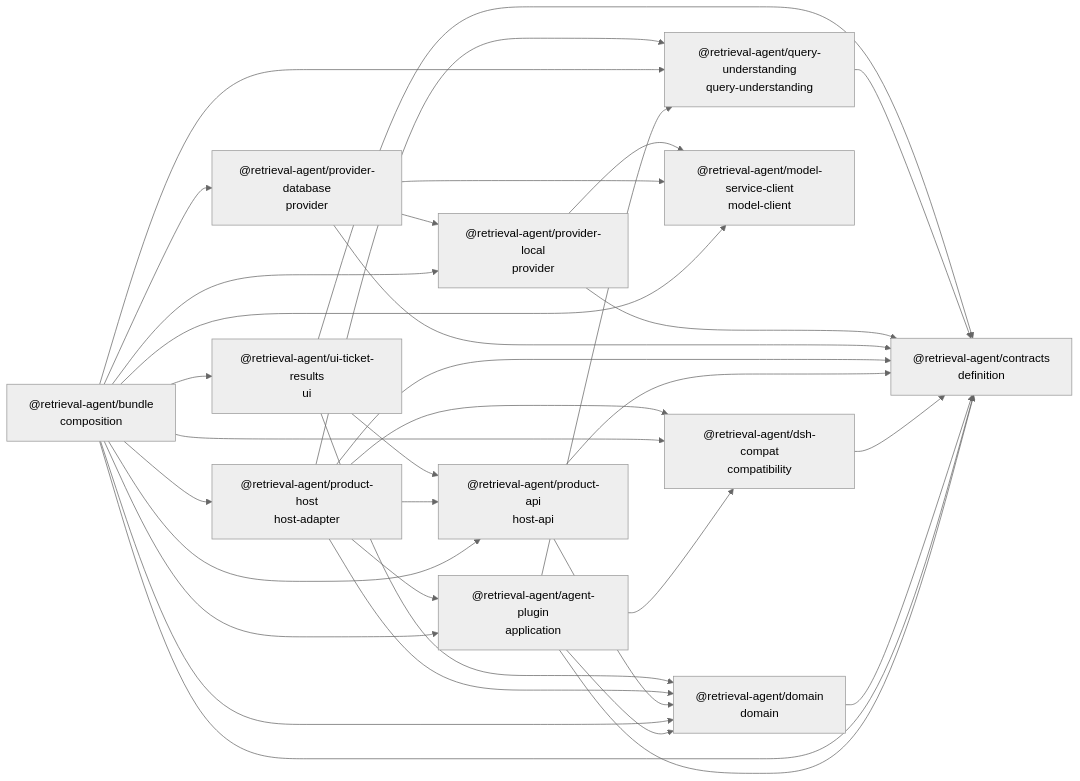
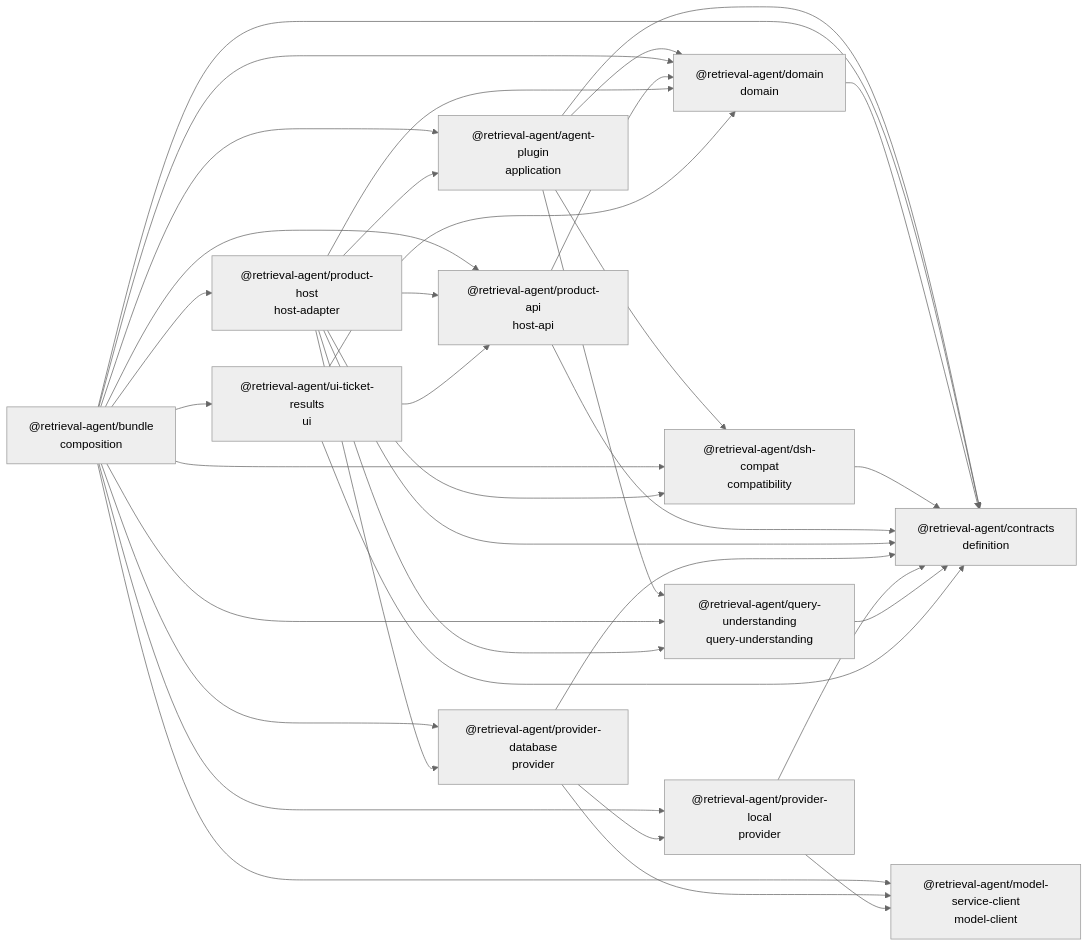
One commit to Merak-Wang/CaseWeave changed the diagram in docs/WORKSPACE_GRAPH.md. Above: the diagram before and after it, drawn with Mermaid (neutral theme). The commit also changed other lines of this file and 36 other files, not shown here.

````diff
--- a/docs/WORKSPACE_GRAPH.md
+++ b/docs/WORKSPACE_GRAPH.md
@@ -6,49 +6,50 @@
 ```mermaid
 flowchart LR
   agent_plugin["@retrieval-agent/agent-plugin<br/>application"]
   bundle["@retrieval-agent/bundle<br/>composition"]
   contracts["@retrieval-agent/contracts<br/>definition"]
   domain["@retrieval-agent/domain<br/>domain"]
   dsh_compat["@retrieval-agent/dsh-compat<br/>compatibility"]
   model_service_client["@retrieval-agent/model-service-client<br/>model-client"]
   product_api["@retrieval-agent/product-api<br/>host-api"]
   product_host["@retrieval-agent/product-host<br/>host-adapter"]
   provider_database["@retrieval-agent/provider-database<br/>provider"]
   provider_local["@retrieval-agent/provider-local<br/>provider"]
   query_understanding["@retrieval-agent/query-understanding<br/>query-understanding"]
   ui_ticket_results["@retrieval-agent/ui-ticket-results<br/>ui"]
   agent_plugin --> contracts
   agent_plugin --> domain
   agent_plugin --> dsh_compat
   agent_plugin --> query_understanding
   bundle --> agent_plugin
   bundle --> contracts
   bundle --> domain
   bundle --> dsh_compat
   bundle --> model_service_client
   bundle --> product_api
   bundle --> product_host
   bundle --> provider_database
   bundle --> provider_local
   bundle --> query_understanding
   bundle --> ui_ticket_results
   domain --> contracts
   dsh_compat --> contracts
   product_api --> contracts
   product_api --> domain
   product_host --> agent_plugin
   product_host --> contracts
   product_host --> domain
   product_host --> dsh_compat
   product_host --> product_api
+  product_host --> provider_database
   product_host --> query_understanding
   provider_database --> contracts
   provider_database --> model_service_client
   provider_database --> provider_local
   provider_local --> contracts
   provider_local --> model_service_client
   query_understanding --> contracts
   ui_ticket_results --> contracts
   ui_ticket_results --> domain
   ui_ticket_results --> product_api
 ```
````
